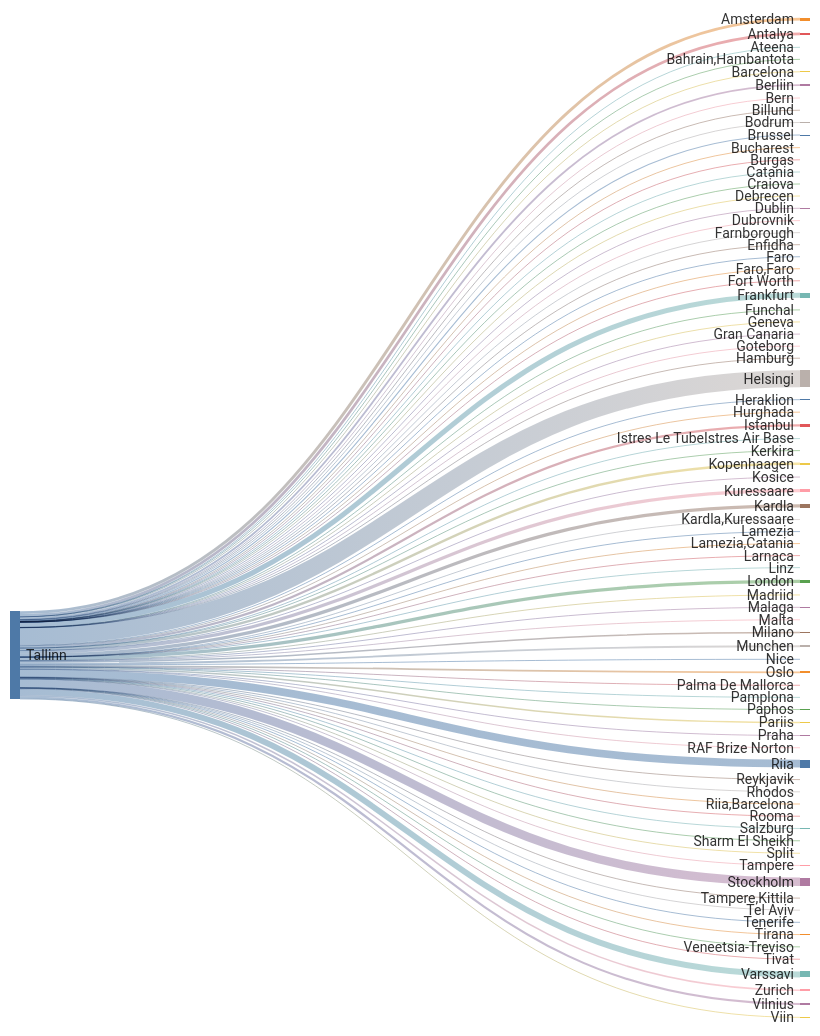
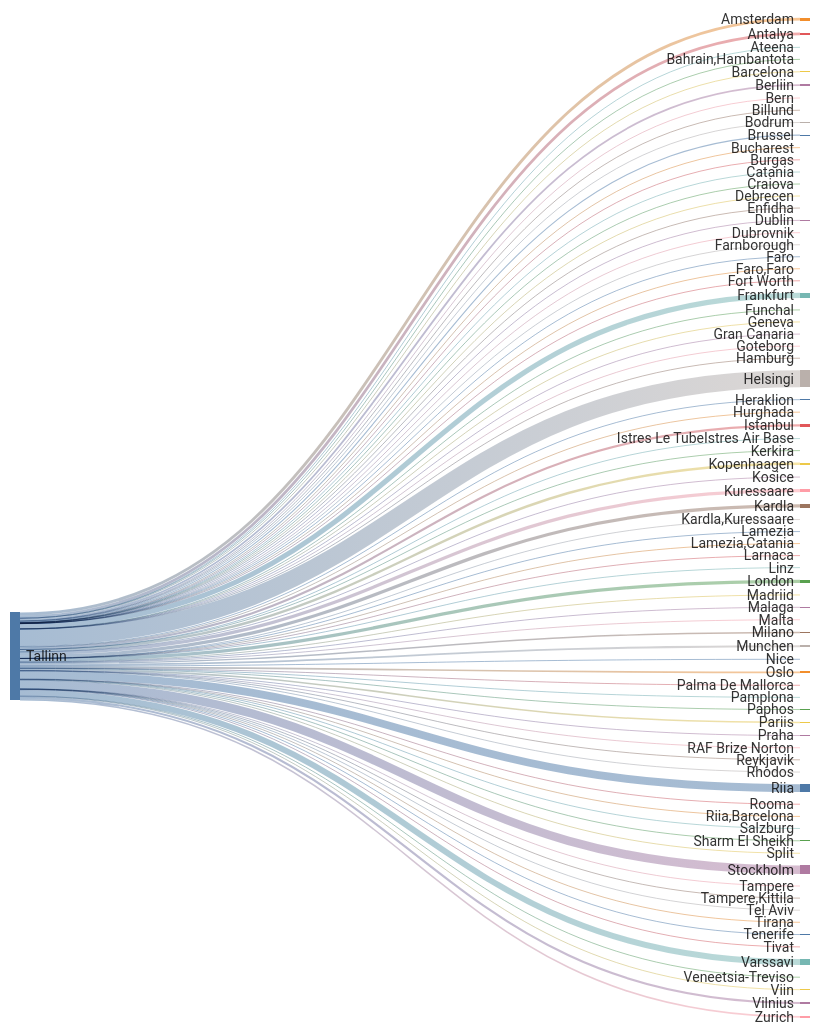
Before and after one commit to rainermesi/tll-airport-departures: the second of 2 diagrams in README.md, drawn with Mermaid. The commit also changed other lines of this file and 1 other file, not shown here.

````diff
--- a/README.md
+++ b/README.md
@@ -41,83 +41,83 @@
 ---
 sankey-beta
 %% source,target,value
-Tallinn,Amsterdam,565
-Tallinn,Antalya,527
+Tallinn,Amsterdam,567
+Tallinn,Antalya,531
 Tallinn,Ateena,16
 Tallinn,"Bahrain,Hambantota",1
 Tallinn,Barcelona,159
-Tallinn,Berliin,352
+Tallinn,Berliin,354
 Tallinn,Bern,1
 Tallinn,Billund,87
 Tallinn,Bodrum,13
-Tallinn,Brussel,217
+Tallinn,Brussel,218
 Tallinn,Bucharest,1
 Tallinn,Burgas,67
 Tallinn,Catania,2
 Tallinn,Craiova,1
 Tallinn,Debrecen,1
-Tallinn,Dublin,106
+Tallinn,Dublin,107
 Tallinn,Dubrovnik,21
 Tallinn,Enfidha,15
 Tallinn,Farnborough,1
 Tallinn,Faro,4
 Tallinn,"Faro,Faro",1
 Tallinn,Fort Worth,1
-Tallinn,Frankfurt,993
+Tallinn,Frankfurt,996
 Tallinn,Funchal,7
 Tallinn,Geneva,13
 Tallinn,Gran Canaria,38
 Tallinn,Goteborg,2
 Tallinn,Hamburg,2
-Tallinn,Helsingi,3328
-Tallinn,Heraklion,128
+Tallinn,Helsingi,3337
+Tallinn,Heraklion,129
 Tallinn,Hurghada,76
-Tallinn,Istanbul,432
+Tallinn,Istanbul,433
 Tallinn,Istres Le TubeIstres Air Base,2
 Tallinn,Kerkira,4
-Tallinn,Kopenhaagen,471
+Tallinn,Kopenhaagen,474
 Tallinn,Kosice,1
-Tallinn,Kuressaare,631
-Tallinn,Kardla,633
+Tallinn,Kuressaare,632
+Tallinn,Kardla,634
 Tallinn,"Kardla,Kuressaare",1
 Tallinn,Lamezia,4
 Tallinn,"Lamezia,Catania",3
 Tallinn,Larnaca,7
 Tallinn,Linz,2
-Tallinn,London,644
+Tallinn,London,646
 Tallinn,Madriid,4
 Tallinn,Malaga,137
 Tallinn,Malta,35
-Tallinn,Milano,283
-Tallinn,Munchen,353
-Tallinn,Nice,63
-Tallinn,Oslo,334
+Tallinn,Milano,284
+Tallinn,Munchen,355
+Tallinn,Nice,64
+Tallinn,Oslo,336
 Tallinn,Palma De Mallorca,39
 Tallinn,Pamplona,1
 Tallinn,Paphos,66
-Tallinn,Pariis,297
-Tallinn,Praha,98
+Tallinn,Pariis,298
+Tallinn,Praha,99
 Tallinn,RAF Brize Norton,1
 Tallinn,Reykjavik,20
 Tallinn,Rhodos,71
-Tallinn,Riia,1512
+Tallinn,Riia,1516
 Tallinn,"Riia,Barcelona",1
 Tallinn,Rooma,80
 Tallinn,Salzburg,14
-Tallinn,Sharm El Sheikh,115
-Tallinn,Split,64
-Tallinn,Stockholm,1663
+Tallinn,Sharm El Sheikh,116
+Tallinn,Split,65
+Tallinn,Stockholm,1669
 Tallinn,Tampere,17
 Tallinn,"Tampere,Kittila",21
 Tallinn,Tel Aviv,2
 Tallinn,Tenerife,58
 Tallinn,Tirana,42
-Tallinn,Tivat,78
-Tallinn,Varssavi,1154
+Tallinn,Tivat,79
+Tallinn,Varssavi,1158
 Tallinn,Veneetsia-Treviso,67
 Tallinn,Viin,106
-Tallinn,Vilnius,421
-Tallinn,Zurich,299
+Tallinn,Vilnius,422
+Tallinn,Zurich,300
 
 
 ```
````
